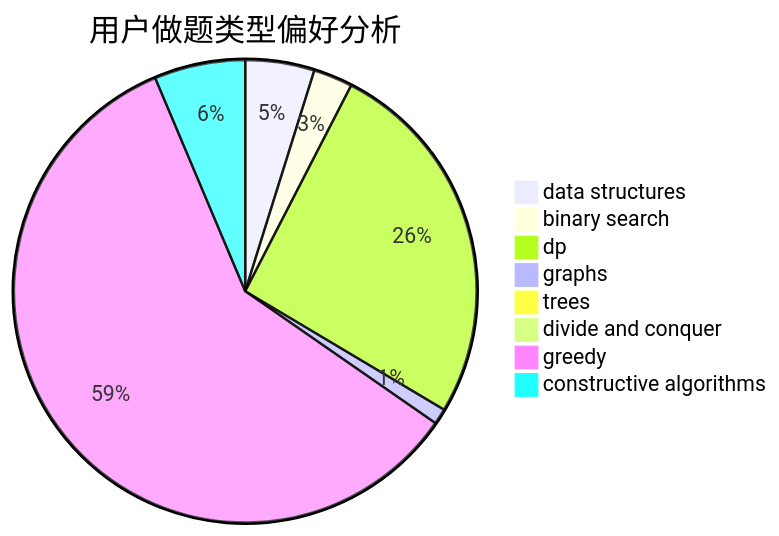
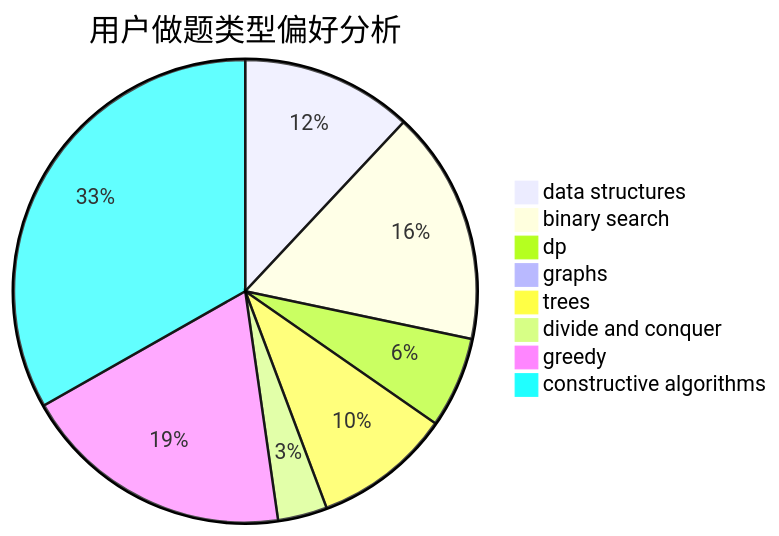
Before and after one commit to sherpahu/cfrs.github.io: the second of 3 diagrams in docs/user/u2424.md, drawn with Mermaid. The commit also changed other lines of this file and 2770 other files, not shown here.

````diff
--- a/docs/user/u2424.md
+++ b/docs/user/u2424.md
@@ -23,11 +23,11 @@
 ```mermaid
 pie title 用户做题类型偏好分析
-    "data structures" :  44
-    "binary search" :  25
-    "dp" :  237
-    "graphs" :  10
-    "trees" :  5
-    "divide and conquer" :  0
-    "greedy" :  538
-    "constructive algorithms" :  58
+    "data structures" :  66
+    "binary search" :  90
+    "dp" :  35
+    "graphs" :  3
+    "trees" :  53
+    "divide and conquer" :  19
+    "greedy" :  105
+    "constructive algorithms" :  183
 ```
````
